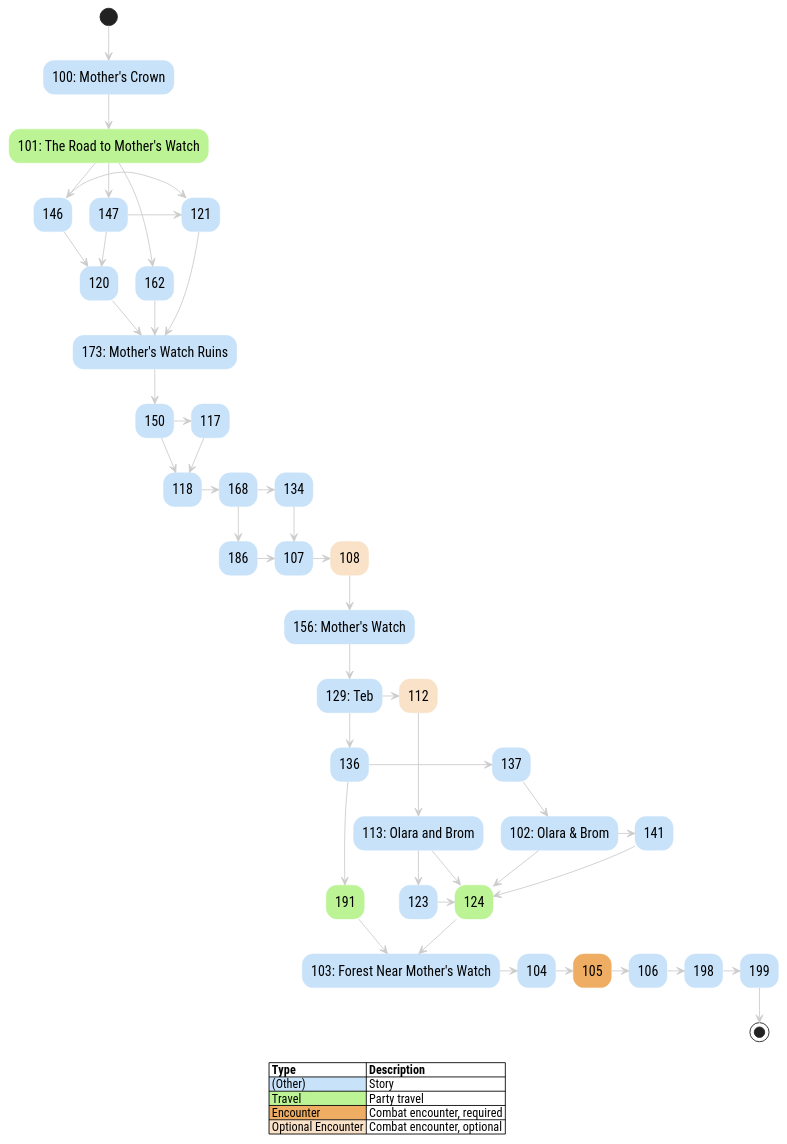
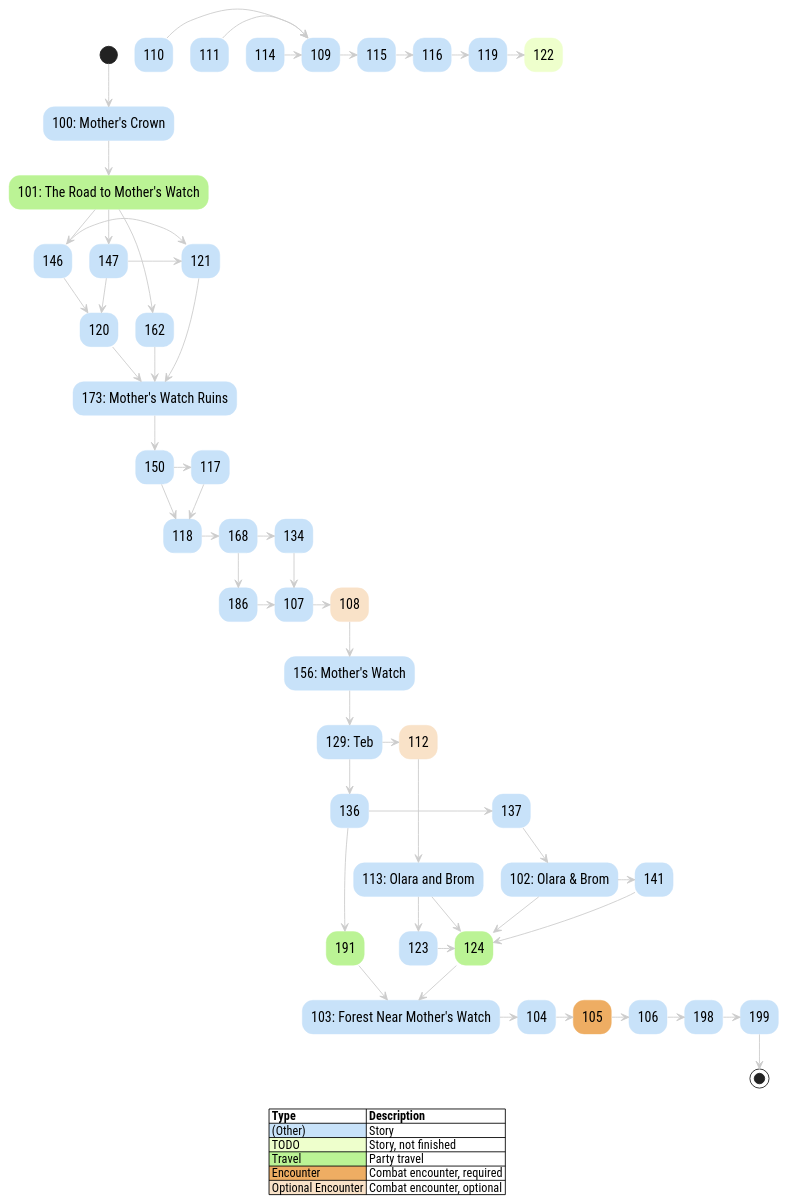
The diagram in assets/puml/story-iaso-graph.puml (rickosborne/skyline), drawn with PlantUML before and after one commit. The commit also changed 16 other files, not shown here.

```diff
--- a/assets/puml/story-iaso-graph.puml
+++ b/assets/puml/story-iaso-graph.puml
@@ -1,88 +1,96 @@
 @startuml
 
 ' title IASO Story Graph
 
 skinparam {
 	DefaultFontName Roboto Condensed
 	DefaultFontSize 16
 	shadowing false
 	HyperlinkUnderline false
 	HyperlinkColor #000000
 
 	
 	ArrowColor #cccccc
 	BackgroundColor #ffffff
 	
 	ActivityBackgroundColor #C8E2F9
 	ActivityBorderColor #C8E2F9
 
   ActivityBackgroundColor<<NotStarted>> #ffff99
   ActivityBorderColor<<NotStarted>> #ffff99
   ActivityBackgroundColor<<TODO>> #eeffcc
   ActivityBorderColor<<TODO>> #eeffcc
   ActivityBackgroundColor<<OptionalEncounter>> #F9E2C8
   ActivityBorderColor<<OptionalEncounter>> #F9E2C8
   ActivityBackgroundColor<<Encounter>> #EEAD63
   ActivityBorderColor<<Encounter>> #EEAD63
   ActivityBackgroundColor<<Travel>> #BBF395
   ActivityBorderColor<<Travel>> #BBF395
 	LegendBackgroundColor transparent
 	LegendBorderColor transparent
 	LegendBorderThickness 0
 }
 
 (*) --> "[[100-mothers-crown.html 100: Mother's Crown]]" as e100 
 e100 --> "[[101-road-to-mothers-watch.html 101: The Road to Mother's Watch]]" as e101 <<Travel>>
 e101 -> "[[146-scrappers-deaf.html 146]]" as e146 
 e101 --> "[[147-striders-blind.html 147]]" as e147 
 e101 --> "[[162-scrappers-surprise.html 162]]" as e162 
 "[[102-olaras-cave.html 102: Olara & Brom]]" as e102  -> "[[141-iaso-brom.html 141]]" as e141 
 e102 --> "[[124-back-to-mothers-watch.html 124]]" as e124 <<Travel>>
 "[[103-cardiac-event.html 103: Forest Near Mother's Watch]]" as e103  -> "[[104-clear.html 104]]" as e104 
 e104 -> "[[105-striders.html 105]]" as e105 <<Encounter>>
 e105 -> "[[106-all-mother-mountain.html 106]]" as e106 
 e106 -> "[[198-corruptor-module.html 198]]" as e198 
 "[[107-lab.html 107]]" as e107  -> "[[108-exit.html 108]]" as e108 <<OptionalEncounter>>
 e108 --> "[[156-mothers-watch.html 156: Mother's Watch]]" as e156 
+"[[109-dinner.html 109]]" as e109  -> "[[115-lodging.html 115]]" as e115 
+"[[110-carja-refugee-family.html 110]]" as e110  -> e109
+"[[111-tradespeople.html 111]]" as e111  -> e109
 "[[112-leave-tonight.html 112]]" as e112 <<OptionalEncounter>> --> "[[113-olara-and-brom-night.html 113: Olara and Brom]]" as e113 
 e113 -> "[[123-iaso-brom-olara.html 123]]" as e123 
 e113 --> e124
+"[[114-iala-uln-jineko.html 114]]" as e114  -> e109
+e115 -> "[[116-logging.html 116]]" as e116 
+e116 -> "[[119-timber-and-striders.html 119]]" as e119 
 "[[117-medical-focus.html 117]]" as e117  -> "[[118-focus.html 118]]" as e118 
 e118 -> "[[168-power-wall.html 168]]" as e168 
+e119 -> "[[122-lumber-carts.html 122]]" as e122 <<TODO>>
 "[[120-scrappers-incoming.html 120]]" as e120  --> "[[173-ruins-entrance.html 173: Mother's Watch Ruins]]" as e173 
 "[[121-scrappers-treeline.html 121]]" as e121  --> e173
 e123 -> e124
 e124 --> e103
 "[[129-teb.html 129: Teb]]" as e129  -> e112
 e129 --> "[[136-leave-tomorrow.html 136]]" as e136 
 "[[134-synchronize.html 134]]" as e134  -> e107
 e136 -> "[[137-leave-morning.html 137]]" as e137 
 e136 --> "[[191-not-interested.html 191]]" as e191 <<Travel>>
 e137 --> e102
 e141 -> e124
 e146 -> e121
 e146 --> e120
 e147 -> e121
 e147 --> e120
 "[[150-the-blinking-light.html 150]]" as e150  -> e117
 e150 --> e118
 e156 --> e129
 e162 --> e173
 e168 -> e134
 e168 --> "[[186-no-synchronize.html 186]]" as e186 
 e173 --> e150
 e186 -> e107
 e191 --> e103
 e198 -> "[[199-what-next.html 199]]" as e199 
 e199 --> (*)
 
 legend
 |= Type |= Description |
 |<#C8E2F9> (Other) | Story |
+|<#eeffcc> TODO | Story, not finished |
 |<#BBF395> Travel | Party travel |
 |<#EEAD63> Encounter | Combat encounter, required |
 |<#F9E2C8> Optional Encounter | Combat encounter, optional |
 endlegend
 
 
 @enduml
```
